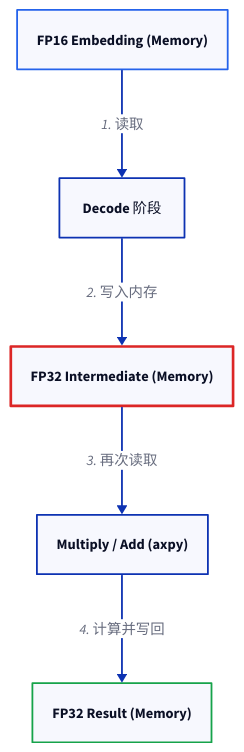
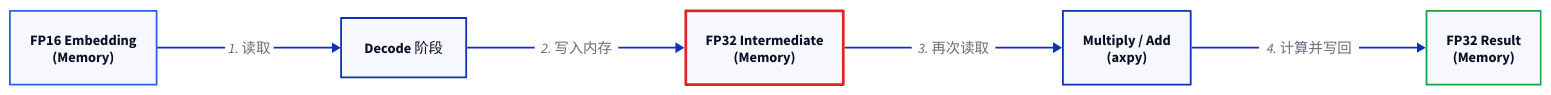
Before and after one commit to 111qqz/111qqz.github.io: the diagram in images/cpu-serving-decompression-tax/old-flow.d2, drawn with D2. The commit also changed 4047 other files, not shown here.

First line of the commit message:
fix: 修复 D2 配图比例问题——放宽 CSS max-height 并重排 24 个极端纵横比图表

```diff
--- a/images/cpu-serving-decompression-tax/old-flow.d2
+++ b/images/cpu-serving-decompression-tax/old-flow.d2
@@ -1,21 +1,21 @@
-direction: down
+direction: right
 
-fp16: FP16 Embedding (Memory) {
+fp16: "FP16 Embedding\n(Memory)" {
   style.stroke: "#2563eb"
   style.stroke-width: 2
 }
-decode: Decode 阶段
-fp32_mid: FP32 Intermediate (Memory) {
+decode: "Decode 阶段"
+fp32_mid: "FP32 Intermediate\n(Memory)" {
   style.stroke: "#dc2626"
   style.stroke-width: 3
 }
-calc: Multiply / Add (axpy)
-fp32_res: FP32 Result (Memory) {
+calc: "Multiply / Add\n(axpy)"
+fp32_res: "FP32 Result\n(Memory)" {
   style.stroke: "#16a34a"
   style.stroke-width: 2
 }
 
-fp16 -> decode: 1. 读取
-decode -> fp32_mid: 2. 写入内存
-fp32_mid -> calc: 3. 再次读取
-calc -> fp32_res: 4. 计算并写回
+fp16 -> decode: "1. 读取"
+decode -> fp32_mid: "2. 写入内存"
+fp32_mid -> calc: "3. 再次读取"
+calc -> fp32_res: "4. 计算并写回"
```
